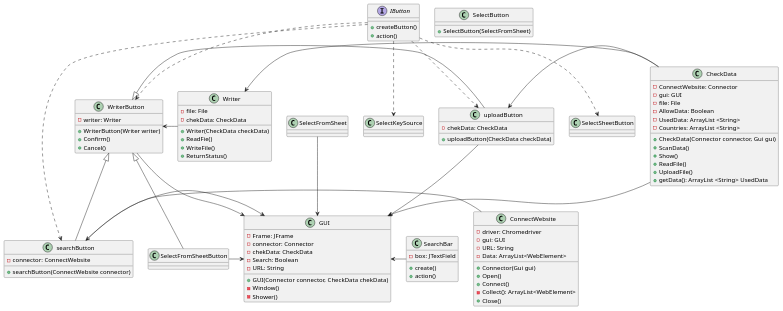
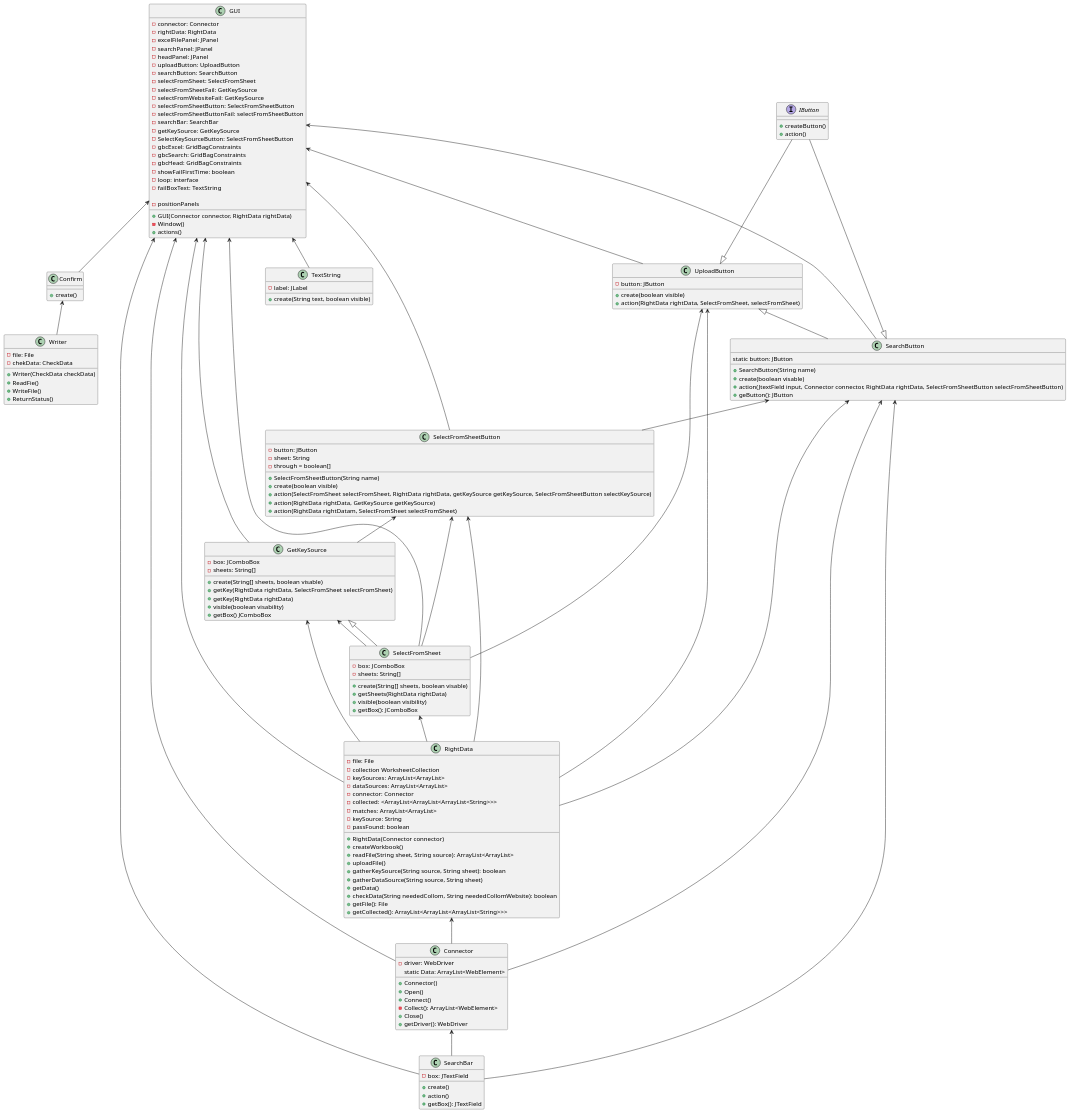
Before and after one commit to Jarnovis/De_Staten_Scanner_-Excel_Versie-: the diagram in UML- en tetxtfiles/UML 2.0.puml, drawn with PlantUML. The commit also changed 5 other files, not shown here.

```diff
--- a/UML- en tetxtfiles/UML 2.0.puml
+++ b/UML- en tetxtfiles/UML 2.0.puml
@@ -1,127 +1,197 @@
 @startuml
 'https://plantuml.com/sequence-diagram
 
-class ConnectWebsite{
-    - driver: Chromedriver
-    - gui: GUI
-    - URL: String
-    - Data: ArrayList<WebElement>
+class Connector{
+    - driver: WebDriver
+    static Data: ArrayList<WebElement>
 
-    + Connector(Gui gui)
+    + Connector()
     + Open()
     + Connect()
     - Collect(): ArrayList<WebElement>
     + Close()
+    + getDriver(): WebDriver
+}
+
+class GetKeySource{
+    - box: JComboBox
+    - sheets: String[]
+
+    + create(String[] sheets, boolean visable)
+    + getKey(RightData rightData, SelectFromSheet selectFromSheet)
+    + getKey(RightData rightData)
+    + visible(boolean visability)
+    + getBox() JComboBox
+
+}
+
+class Confirm{
+    + create()
 }
 
 class Writer{
     - file: File
     - chekData: CheckData
 
     + Writer(CheckData checkData)
     + ReadFie()
     + WriteFile()
     + ReturnStatus()
 }
 
-class CheckData{
-    - ConnectWebsite: Connector
-    - gui: GUI
+class RightData{
     - file: File
-    - AllowData: Boolean
-    - UsedData: ArrayList <String>
-    - Countries: ArrayList <String>
+    - collection WorksheetCollection
+    - keySources: ArrayList<ArrayList>
+    - dataSources: ArrayList<ArrayList>
+    - connector: Connector
+    - collected: <ArrayList<ArrayList<ArrayList<String>>>
+    - matches: ArrayList<ArrayList>
+    - keySource: String
+    - passFound: boolean
 
-    + CheckData(Connector connector, Gui gui)
-    + ScanData()
-    + Show()
-    + ReadFile()
-    + UploadFile()
-    + getData(): ArrayList <String> UsedData
+    + RightData(Connector connector)
+    + createWorkbook()
+    + readFile(String sheet, String source): ArrayList<ArrayList>
+    + uploadFile()
+    + gatherKeySource(String source, String sheet): boolean
+    + gatherDataSource(String source, String sheet)
+    + getData()
+    + checkData(String neededCollom, String neededCollomWebsite): boolean
+    + getFile(): File
+    + getCollected(): ArrayList<ArrayList<ArrayList<String>>>
  }
 
 class GUI{
-    - Frame: JFrame
     - connector: Connector
-    - chekData: CheckData
-    - Search: Boolean
-    - URL: String
+    - rightData: RightData
+    - excelFilePanel: JPanel
+    - searchPanel: JPanel
+    - headPanel: JPanel
+    - uploadButton: UploadButton
+    - searchButton: SearchButton
+    - selectFromSheet: SelectFromSheet
+    - selectFromSheetFail: GetKeySource
+    - selectFromWebsiteFail: GetKeySource
+    - selectFromSheetButton: SelectFromSheetButton
+    - selectFromSheetButtonFail: selectFromSheetButton
+    - searchBar: SearchBar
+    - getKeySource: GetKeySource
+    - SelectKeySourceButton: SelectFromSheetButton
+    - gbcExcel: GridBagConstraints
+    - gbcSearch: GridBagConstraints
+    - gbcHead: GridBagConstraints
+    - showFailFirstTime: boolean
+    - loop: interface
+    - failBoxText: TextString
 
-    + GUI(Connector connector, CheckData chekData)
+    + GUI(Connector connector, RightData rightData)
     - Window()
-    - Shower()
+    - positionPanels
+    + actions()
+
+}
+
+class SearchBar{
+    - box: JTextField
+    + create()
+    + action()
+    + getBox(): JTextField
+
+}
+
+class SearchButton{
+    static button: JButton
+    + SearchButton(String name)
+    + create(boolean visable)
+    + action(JtextField input, Connector connector, RightData rightData, SelectFromSheetButton selectFromSheetButton)
+    + geButton(): JButton
+}
+
+class SelectFromSheet{
+    - box: JComboBox
+    - sheets: String[]
+
+    + create(String[] sheets, boolean visable)
+    + getSheets(RightData rightData)
+    + visible(boolean visibility)
+    + getBox(): JComboBox
+}
+
+class SelectFromSheetButton{
+    - button: JButton
+    - sheet: String
+    - through = boolean[]
+
+    + SelectFromSheetButton(String name)
+    + create(boolean visible)
+    + action(SelectFromSheet selectFromSheet, RightData rightData, getKeySource getKeySource, SelectFromSheetButton selectKeySource)
+    + action(RightData rightData, GetKeySource getKeySource)
+    + action(RightData rightDatam, SelectFromSheet selectFromSheet)
+}
+
+class TextString{
+    - label: JLabel
+
+    + create(String text, boolean visible)
+}
+
+class UploadButton{
+    - button: JButton
+
+    + create(boolean visible)
+    + action(RightData rightData, SelectFromSheet, selectFromSheet)
 }
 
 interface IButton{
     + createButton()
     + action()
 }
 
-class uploadButton{
-    - chekData: CheckData
+Connector <-- SearchBar
 
-    + uploadButton(CheckData checkData)
-}
+GetKeySource <-- RightData
+GetKeySource <-- SelectFromSheet
 
+GUI <-- Connector
+GUI <-- RightData
+GUI <-- UploadButton
+GUI <-- SearchButton
+GUI <-- SelectFromSheet
+GUI <-- GetKeySource
+GUI <-- SelectFromSheetButton
+GUI <-- SearchBar
+GUI <-- TextString
+GUI <-- Confirm
 
-class searchButton{
-    - connector: ConnectWebsite
+RightData <-- Connector
 
-    + searchButton(ConnectWebsite connector)
-}
+SearchButton <-- SearchBar
+SearchButton <-- Connector
+SearchButton <-- RightData
+SearchButton <-- SelectFromSheetButton
 
-class SearchBar{
-    - box: JTextField
+SelectFromSheet <-- RightData
 
-    + create()
-    + action()
-}
+SelectFromSheetButton <-- SelectFromSheet
+SelectFromSheetButton <-- RightData
+SelectFromSheetButton <-- GetKeySource
+
+UploadButton <-- RightData
+UploadButton <-- SelectFromSheet
+UploadButton <|-- SearchButton
+
+IButton --|> UploadButton
+IButton --|> SearchButton
+
+Confirm <-- Writer
+
+SelectFromSheet --|> GetKeySource
 
 
 
-class SelectFromSheet{
-}
 
-class SelectButton{
-
-    + SelectButton(SelectFromSheet)
-}
-
-class WriterButton{
-    - writer: Writer
-    + WriterButton(Writer writer)
-    + Confirm()
-    + Cancel()
-}
-
-IButton ..> uploadButton
-IButton ..> WriterButton
-IButton ..> searchButton
-IButton ..> SelectSheetButton
-IButton ..> SelectKeySource
-
-
-GUI <- SearchBar
-
-CheckData -> GUI
-
-Writer <- CheckData
-
-uploadButton <- CheckData
-WriterButton <- Writer
-searchButton <- ConnectWebsite
-
-WriterButton <|- uploadButton
-WriterButton <|-- searchButton
-WriterButton <|-- SelectFromSheetButton
-
-uploadButton -> GUI
-WriterButton -> GUI
-searchButton -> GUI
-SelectFromSheetButton -> GUI
-
-SelectFromSheet --> GUI
 
 
 
 @enduml
```
